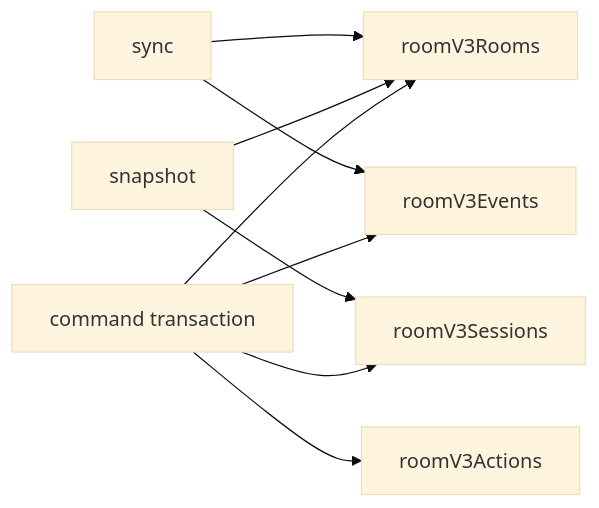
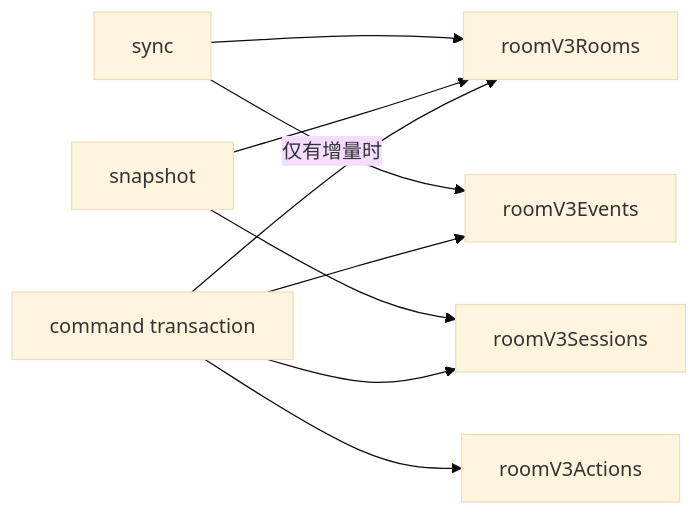
The ninth of 11 diagrams in docs/ROOM_MODEL_STATE.md (Bubble-419/cardboard-miniprogram), drawn with Mermaid (base theme) before and after one commit. The commit also changed other lines of this file and 54 other files, not shown here.

Commit message:
test(room): add tests for CloudBase sync and event handling

````diff
--- a/docs/ROOM_MODEL_STATE.md
+++ b/docs/ROOM_MODEL_STATE.md
@@ -359,11 +375,11 @@
 ```mermaid
 flowchart LR
   SYNC[sync] --> R[roomV3Rooms]
-  SYNC --> E[roomV3Events]
+  SYNC -->|仅有增量时| E[roomV3Events]
   SNAPSHOT[snapshot] --> R
   SNAPSHOT --> S[roomV3Sessions]
   COMMAND[command transaction] --> R
   COMMAND --> S
   COMMAND --> E
   COMMAND --> A[roomV3Actions]
 ```
````
